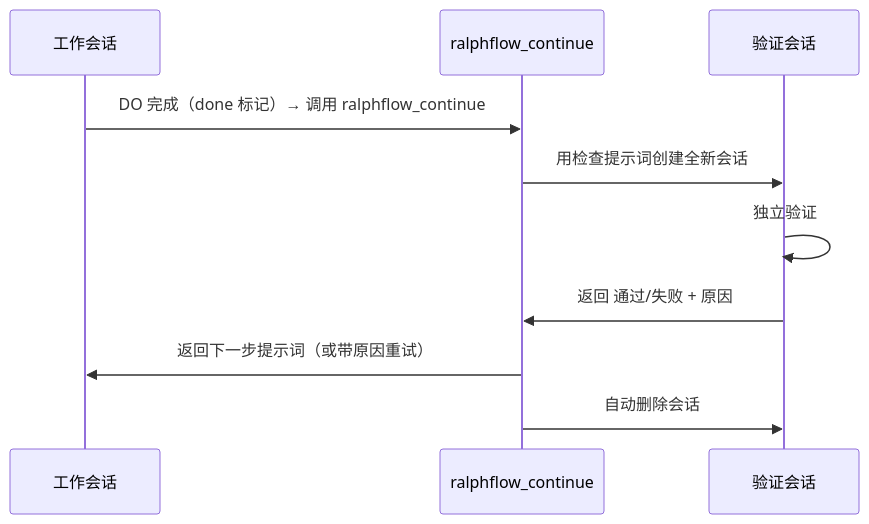
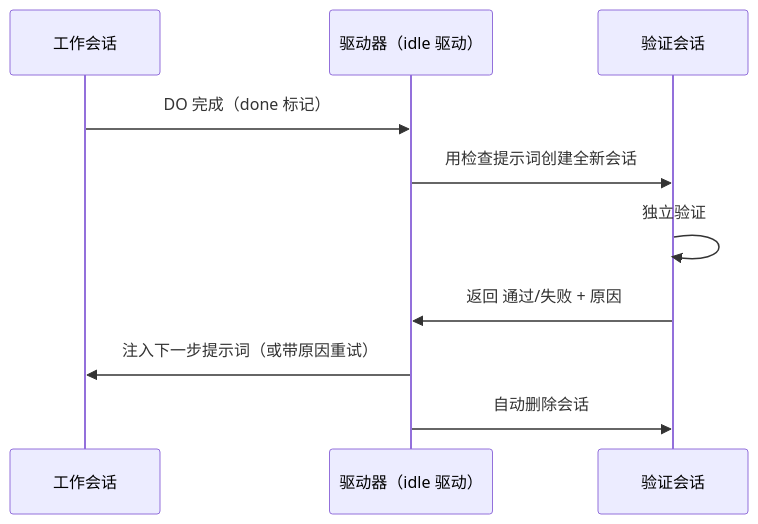
Before and after one commit to 534529531/ralph-flow: the second of 3 diagrams in docs/how-it-works.md, drawn with Mermaid. The commit also changed other lines of this file and 20 other files, not shown here.

````diff
--- a/docs/how-it-works.md
+++ b/docs/how-it-works.md
@@ -55,13 +60,13 @@
 ```mermaid
 sequenceDiagram
     participant Main as 工作会话
-    participant Tool as ralphflow_continue
+    participant Driver as 驱动器（idle 驱动）
     participant Check as 验证会话
 
-    Main->>Tool: DO 完成（done 标记）→ 调用 ralphflow_continue
-    Tool->>Check: 用检查提示词创建全新会话
+    Main->>Driver: DO 完成（done 标记）
+    Driver->>Check: 用检查提示词创建全新会话
     Check->>Check: 独立验证
-    Check->>Tool: 返回 通过/失败 + 原因
-    Tool->>Main: 返回下一步提示词（或带原因重试）
-    Tool->>Check: 自动删除会话
+    Check->>Driver: 返回 通过/失败 + 原因
+    Driver->>Main: 注入下一步提示词（或带原因重试）
+    Driver->>Check: 自动删除会话
 ```
````
